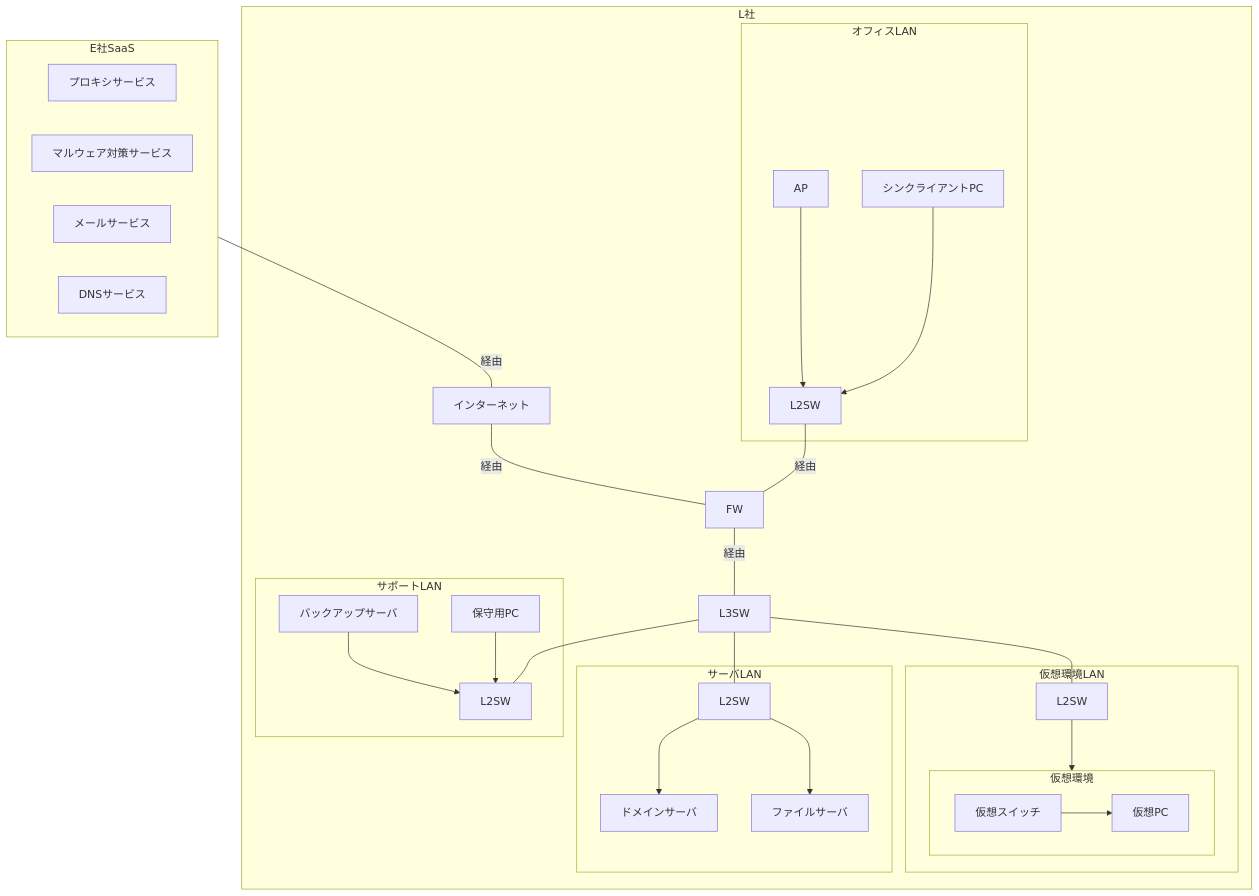
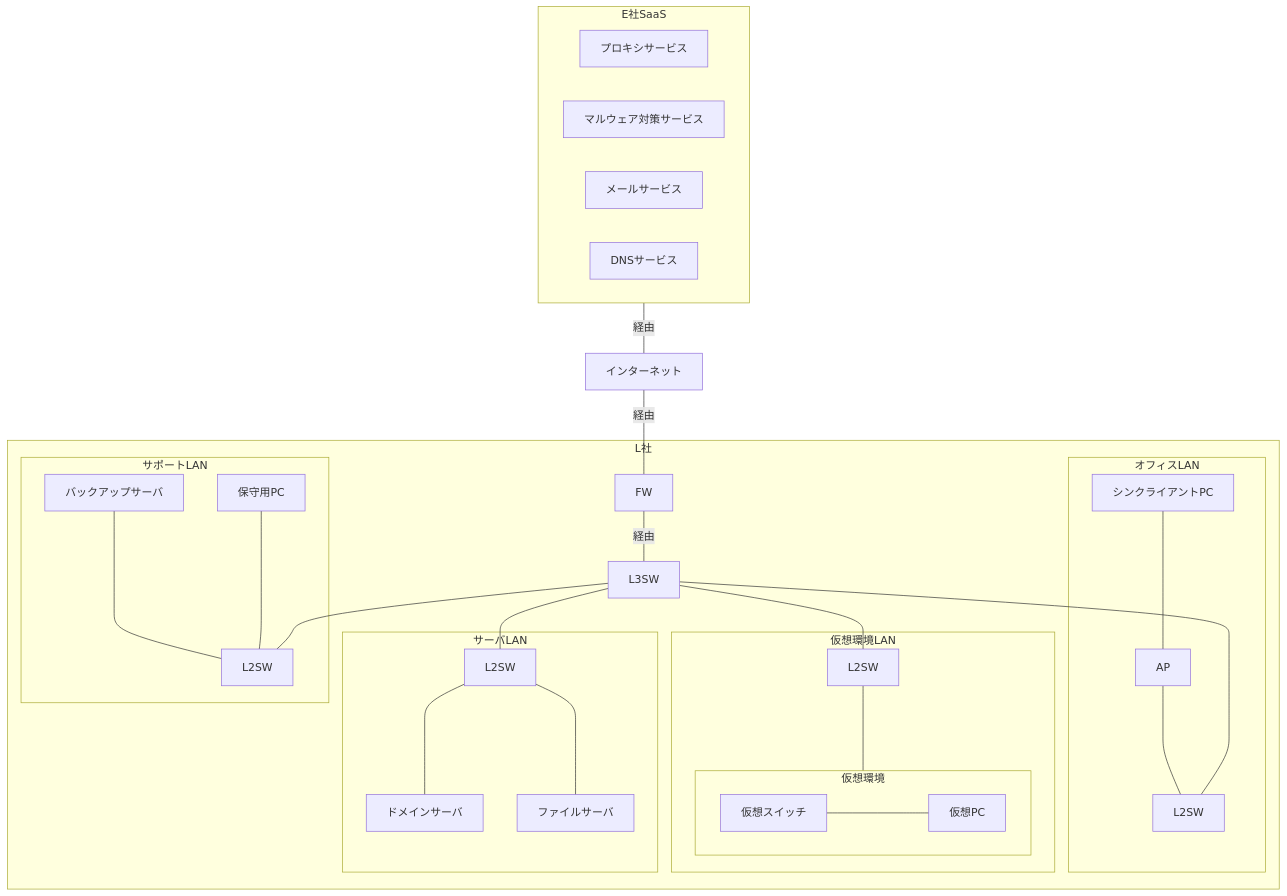
Before and after one commit to nominalrune/ipc_exam: the diagram in SC/2024a/Q1.md, drawn with Mermaid. The commit also changed 15 other files, not shown here.

````diff
--- a/SC/2024a/Q1.md
+++ b/SC/2024a/Q1.md
@@ -13,60 +13,60 @@
 ```mermaid
 graph TD
     subgraph E社SaaS
         Proxy[プロキシサービス]
         Malware[マルウェア対策サービス]
         Mail[メールサービス]
         DNS[DNSサービス]
     end
 
     Internet[インターネット]
 
     E社SaaS -- 経由 --- Internet
+    Internet -- 経由 --- FW
 
     subgraph L社
         FW[FW]
         L3SW[L3SW]
 
         subgraph オフィスLAN
             AP[AP]
             L2SW_Office[L2SW]
             ThinClient[シンクライアントPC]
-            AP --> L2SW_Office
-            ThinClient --> L2SW_Office
+            AP ---- L2SW_Office
+            ThinClient ---- AP
         end
 
         subgraph 仮想環境LAN
             L2SW_VLAN[L2SW]
             subgraph 仮想環境
                 direction LR
                 VSwitch[仮想スイッチ]
                 VPC[仮想PC]
-                VSwitch --> VPC
+                VSwitch ---- VPC
             end
-            L2SW_VLAN --> 仮想環境
+            L2SW_VLAN ---- VSwitch
         end
 
         subgraph サーバLAN
             L2SW_Server[L2SW]
             DomainServer[ドメインサーバ]
             FileServer[ファイルサーバ]
-            L2SW_Server --> DomainServer
-            L2SW_Server --> FileServer
+            L2SW_Server ---- DomainServer
+            L2SW_Server ---- FileServer
         end
 
         subgraph サポートLAN
             L2SW_Support[L2SW]
             BackupServer[バックアップサーバ]
             MaintenancePC[保守用PC]
-            BackupServer --> L2SW_Support
-            MaintenancePC --> L2SW_Support
+            BackupServer ---- L2SW_Support
+            MaintenancePC ---- L2SW_Support
         end
 
-        Internet -- 経由 --- FW
         FW -- 経由 --- L3SW
-        L2SW_Office -- 経由 --- FW
+        L3SW --- L2SW_Office
         L3SW --- L2SW_VLAN
         L3SW --- L2SW_Server
         L3SW --- L2SW_Support
     end
 ```
````
